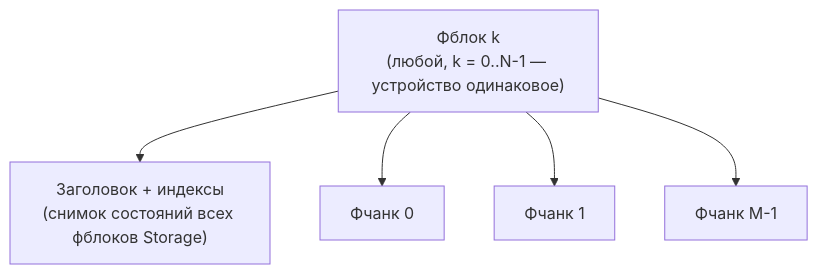
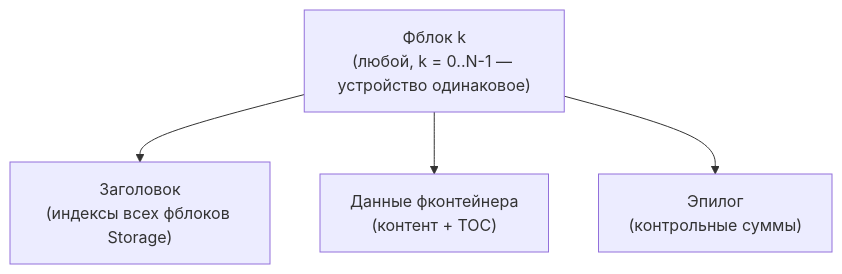
One commit to traycers/farc changed the second of 6 diagrams in docs/docs/archive/02-storage.md. Above: the diagram before and after it, drawn with Mermaid. The commit also changed other lines of this file and 6 other files, not shown here.

````diff
--- a/docs/docs/archive/02-storage.md
+++ b/docs/docs/archive/02-storage.md
@@ -37,8 +37,7 @@
 ```mermaid
 graph TD
     F["Фблок k<br/>(любой, k = 0..N-1 — устройство одинаковое)"]
-    F --> H["Заголовок + индексы<br/>(снимок состояний всех фблоков Storage)"]
-    F --> C0["Фчанк 0"]
-    F --> C1["Фчанк 1"]
-    F --> CM["Фчанк M-1"]
+    F --> H["Заголовок<br/>(индексы всех фблоков Storage)"]
+    F --> D["Данные фконтейнера<br/>(контент + TOC)"]
+    F --> E["Эпилог<br/>(контрольные суммы)"]
 ```
````
